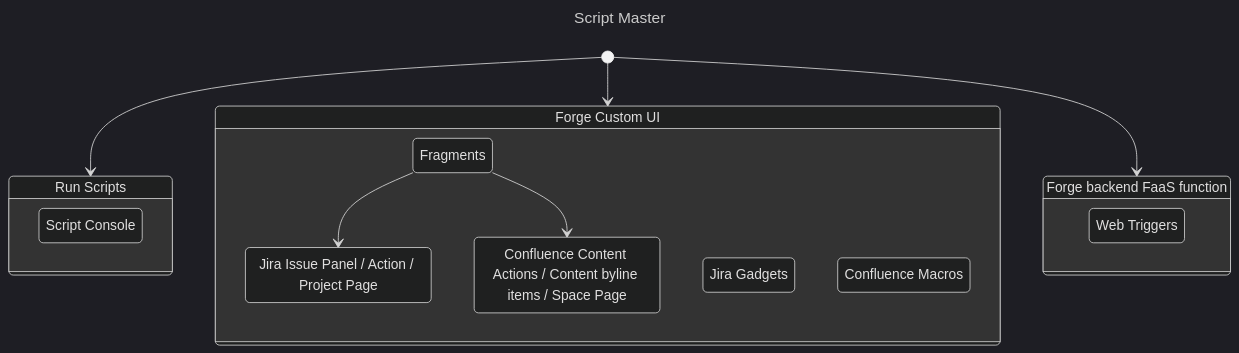
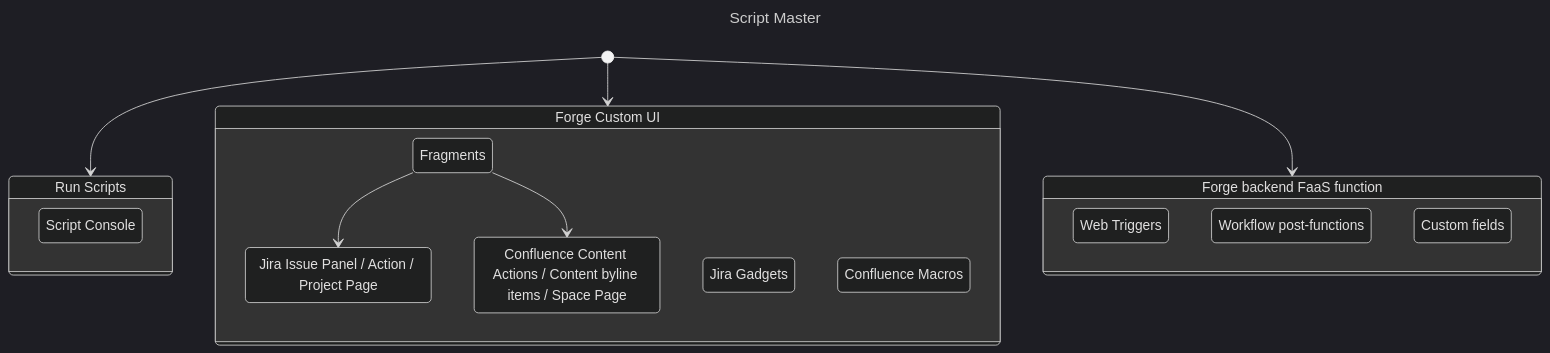
The diagram in docs/script-master/index.md (kaisersoftapps/docs), drawn with Mermaid (dark theme) before and after one commit. The commit also changed other lines of this file and 25 other files, not shown here.

````diff
--- a/docs/script-master/index.md
+++ b/docs/script-master/index.md
@@ -71,30 +71,32 @@
 ```mermaid
 ---
 title: Script Master
 ---
 
 stateDiagram-v2
     [*] --> sc
     [*] --> cui
     [*] --> fif
 
     state "Run Scripts" as sc {
         sc1 : Script Console 
     }
     state "Forge Custom UI" as cui {
         frag : Fragments
 
         frag --> frag1
         frag1 : Jira Issue Panel / Action / Project Page
 
         frag --> frag4
         frag4 : Confluence Content Actions / Content byline items / Space Page
        
         gadg : Jira Gadgets
 
         macro : Confluence Macros
     }
     state "Forge backend FaaS function" as fif {
         fif1 : Web Triggers
+        fif2 : Workflow post-functions
+        fif3 : Custom fields
     }
 ```
````
